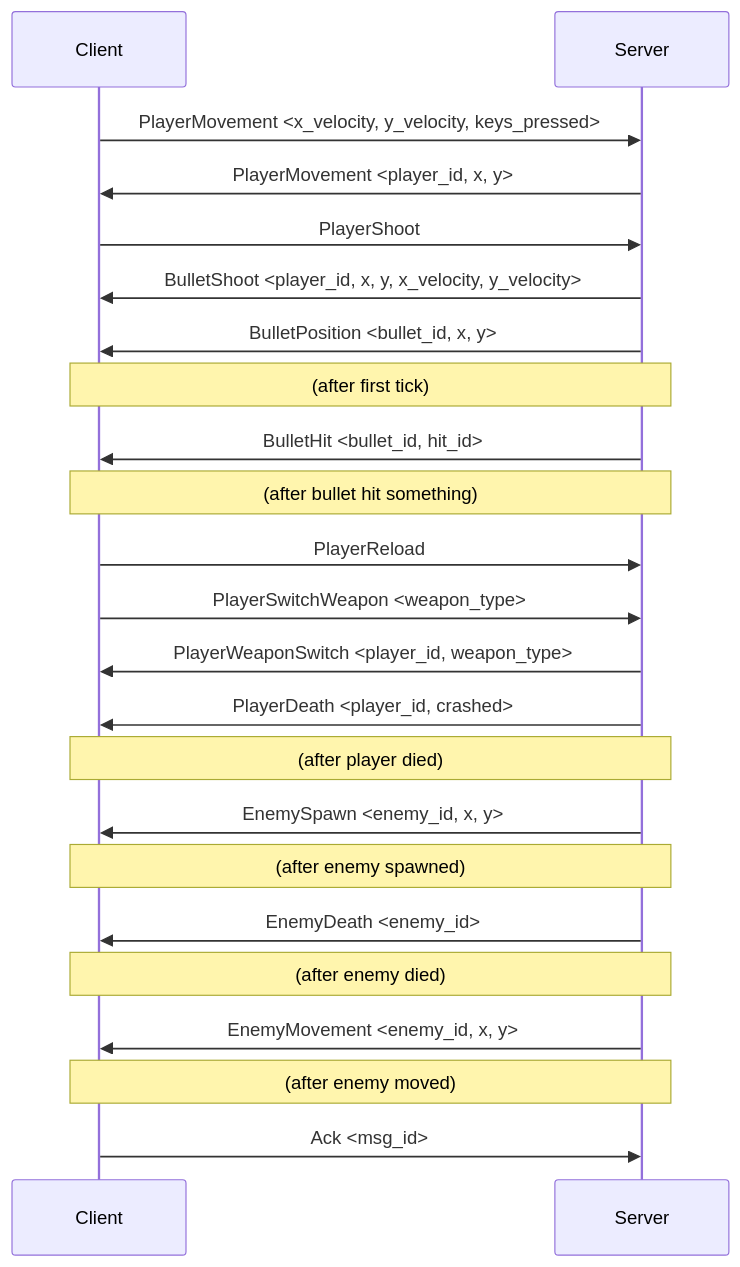
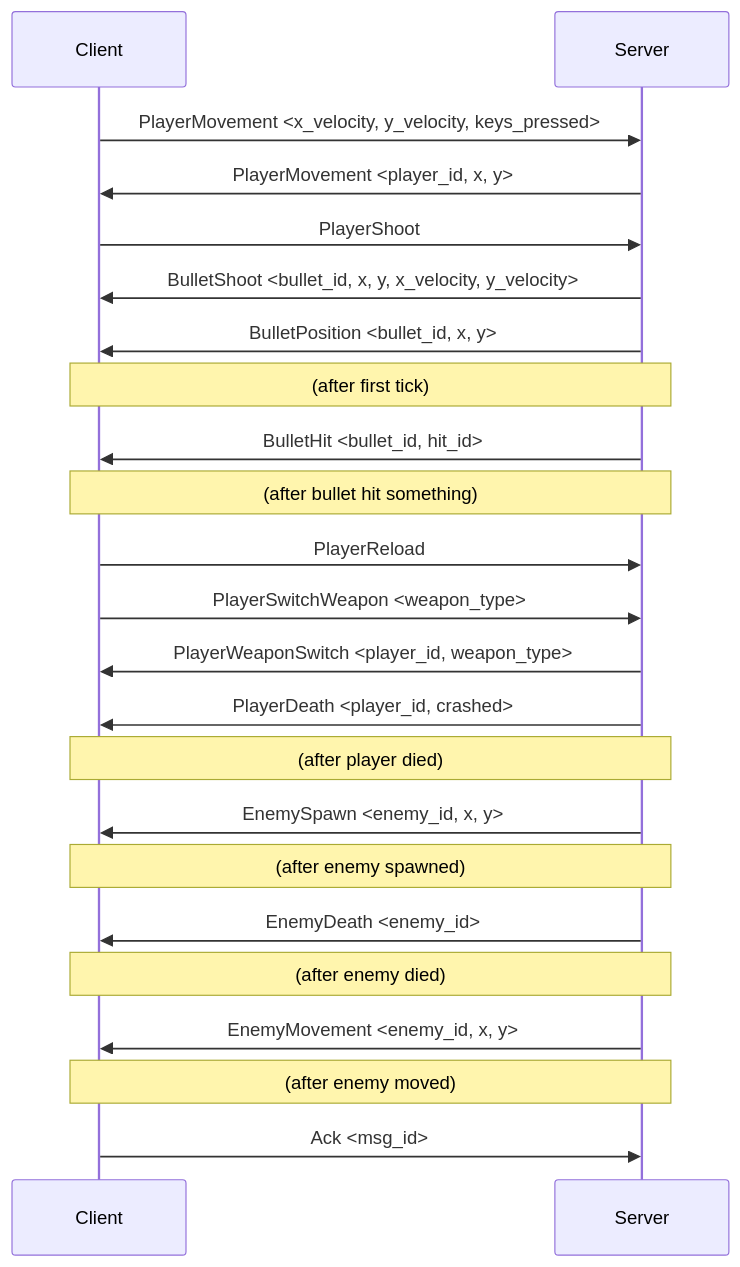
One commit to Miou-zora/R-Type changed the second of 2 diagrams in docs/PROTOCOL.md. Above: the diagram before and after it, drawn with Mermaid. The commit also changed other lines of this file and 3 other files, not shown here.

First line of the commit message:
refactor: rename player id to bullet id in bullet shoot (#226)

````diff
--- a/docs/PROTOCOL.md
+++ b/docs/PROTOCOL.md
@@ -144,25 +144,25 @@
 ```mermaid
 sequenceDiagram
     participant C as Client
     participant S as Server
     C->>S: PlayerMovement <x_velocity, y_velocity, keys_pressed>
     S->>C: PlayerMovement <player_id, x, y>
     C->>S: PlayerShoot
-    S->>C: BulletShoot <player_id, x, y, x_velocity, y_velocity>
+    S->>C: BulletShoot <bullet_id, x, y, x_velocity, y_velocity>
     S->>C: BulletPosition <bullet_id, x, y>
     Note over C,S: (after first tick)
     S->>C: BulletHit <bullet_id, hit_id>
     Note over C,S: (after bullet hit something)
     C->>S: PlayerReload
     C->>S: PlayerSwitchWeapon <weapon_type>
     S->>C: PlayerWeaponSwitch <player_id, weapon_type>
     S->>C: PlayerDeath <player_id, crashed>
     Note over C,S: (after player died)
     S->>C: EnemySpawn <enemy_id, x, y>
     Note over C,S: (after enemy spawned)
     S->>C: EnemyDeath <enemy_id>
     Note over C,S: (after enemy died)
     S->>C: EnemyMovement <enemy_id, x, y>
     Note over C,S: (after enemy moved)
     C->>S: Ack <msg_id>
 ```
````
